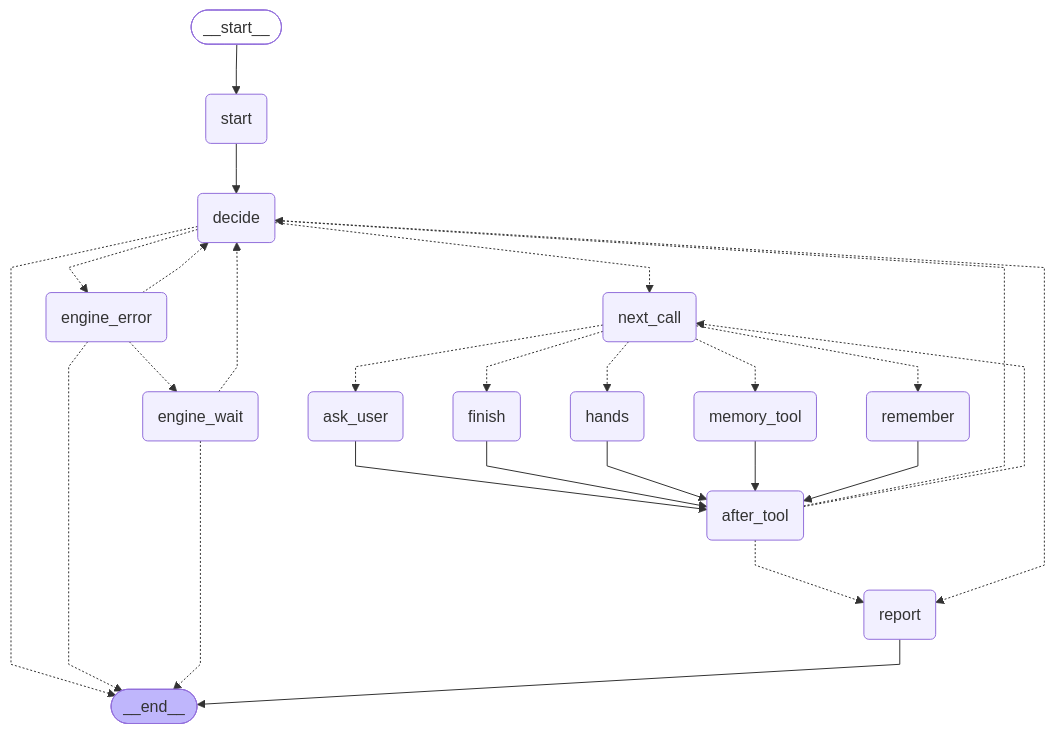
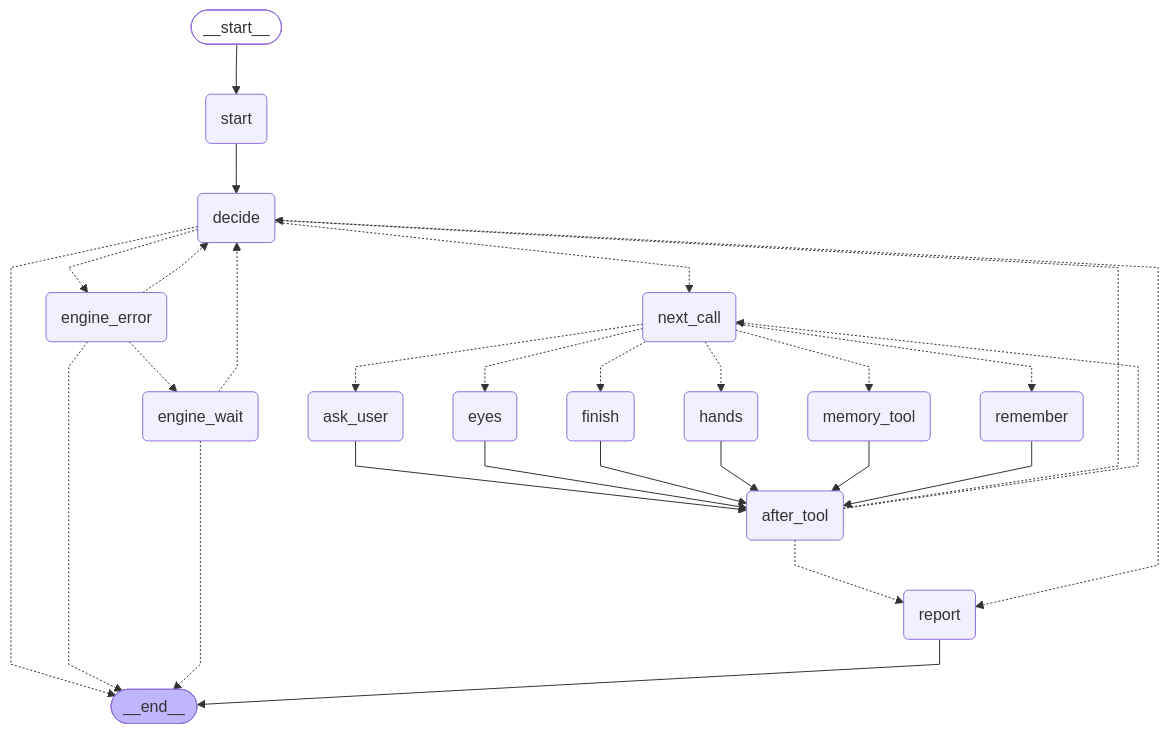
Before and after one commit to OFA-Labs/one-for-all-api: the second of 5 diagrams in docs/ofa/GRAPHS.md, drawn with Mermaid. The commit also changed other lines of this file and 1 other file, not shown here.

First line of the commit message:
docs(ofa): add the eyes graph to the diagrams

````diff
--- a/docs/ofa/GRAPHS.md
+++ b/docs/ofa/GRAPHS.md
@@ -44,50 +47,53 @@
 ```mermaid
 ---
 config:
   flowchart:
     curve: linear
 ---
 graph TD;
 	__start__([<p>__start__</p>]):::first
 	start(start)
 	decide(decide)
 	engine_error(engine_error)
 	engine_wait(engine_wait)
 	next_call(next_call)
 	finish(finish)
 	ask_user(ask_user)
 	remember(remember)
 	memory_tool(memory_tool)
 	after_tool(after_tool)
 	hands(hands)
+	eyes(eyes)
 	report(report)
 	__end__([<p>__end__</p>]):::last
 	__start__ --> start;
 	after_tool -.-> decide;
 	after_tool -.-> next_call;
 	after_tool -.-> report;
 	ask_user --> after_tool;
 	decide -.-> __end__;
 	decide -.-> engine_error;
 	decide -.-> next_call;
 	decide -.-> report;
 	engine_error -.-> __end__;
 	engine_error -.-> decide;
 	engine_error -.-> engine_wait;
 	engine_wait -.-> __end__;
 	engine_wait -.-> decide;
+	eyes --> after_tool;
 	finish --> after_tool;
 	hands --> after_tool;
 	memory_tool --> after_tool;
 	next_call -.-> ask_user;
+	next_call -.-> eyes;
 	next_call -.-> finish;
 	next_call -.-> hands;
 	next_call -.-> memory_tool;
 	next_call -.-> remember;
 	remember --> after_tool;
 	start --> decide;
 	report --> __end__;
 	classDef default fill:#f2f0ff,line-height:1.2
 	classDef first fill-opacity:0
 	classDef last fill:#bfb6fc
 ```
````
